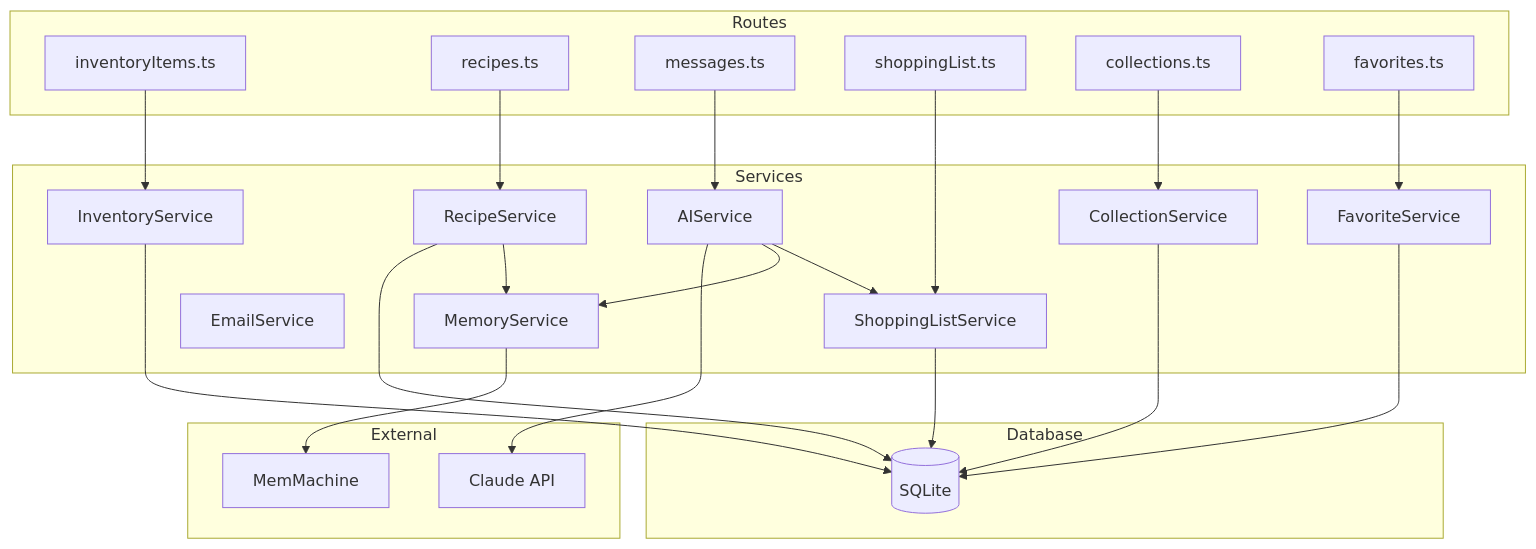
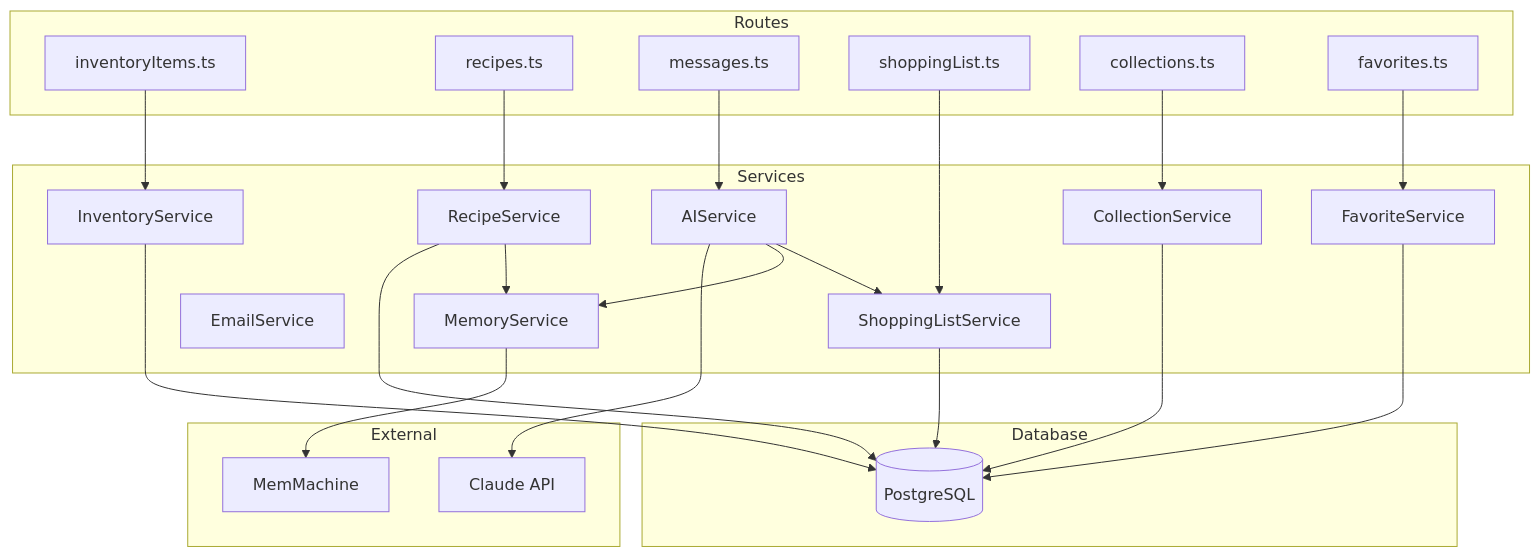
One commit to JLawMcGraw/alchemix changed the sixth of 12 diagrams in Documentation/ARCHITECTURE.md. Above: the diagram before and after it, drawn with Mermaid. The commit also changed other lines of this file and 48 other files, not shown here.

````diff
--- a/Documentation/ARCHITECTURE.md
+++ b/Documentation/ARCHITECTURE.md
@@ -436,50 +440,50 @@
 ```mermaid
 graph TB
     subgraph Routes
         R1[inventoryItems.ts]
         R2[recipes.ts]
         R3[messages.ts]
         R4[shoppingList.ts]
         R5[collections.ts]
         R6[favorites.ts]
     end
 
     subgraph Services
         S1[InventoryService]
         S2[RecipeService]
         S3[MemoryService]
         S4[CollectionService]
         S5[FavoriteService]
         S6[EmailService]
         S7[AIService]
         S8[ShoppingListService]
     end
 
     subgraph Database
-        DB[(SQLite)]
+        DB[(PostgreSQL)]
     end
 
     subgraph External
         Claude[Claude API]
         MM[MemMachine]
     end
 
     R1 --> S1
     R2 --> S2
     R3 --> S7
     R4 --> S8
     R5 --> S4
     R6 --> S5
 
     S1 --> DB
     S2 --> DB
     S4 --> DB
     S5 --> DB
     S8 --> DB
 
     S7 --> Claude
     S7 --> S3
     S7 --> S8
     S3 --> MM
     S2 --> S3
 ```
````
